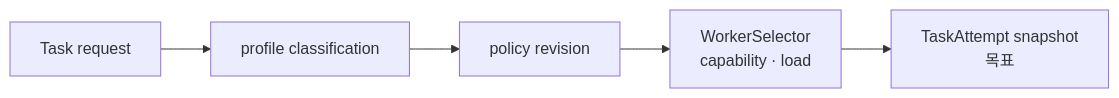
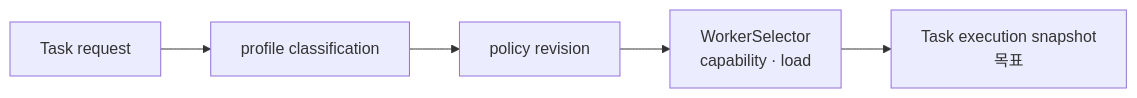
Before and after one commit to yarang/grok-fleet-orchestrator: the diagram in docs/architecture/tasks/routing-policy.md, drawn with Mermaid. The commit also changed other lines of this file and 27 other files, not shown here.

````diff
--- a/docs/architecture/tasks/routing-policy.md
+++ b/docs/architecture/tasks/routing-policy.md
@@ -34,7 +35,7 @@
 ```mermaid
 flowchart LR
     Task["Task request"] --> Classify["profile classification"]
     Classify --> Policy["policy revision"]
     Policy --> Select["WorkerSelector\ncapability · load"]
-    Select --> Attempt["TaskAttempt snapshot\n목표"]
+    Select --> Snapshot["Task execution snapshot\n목표"]
 ```
````
